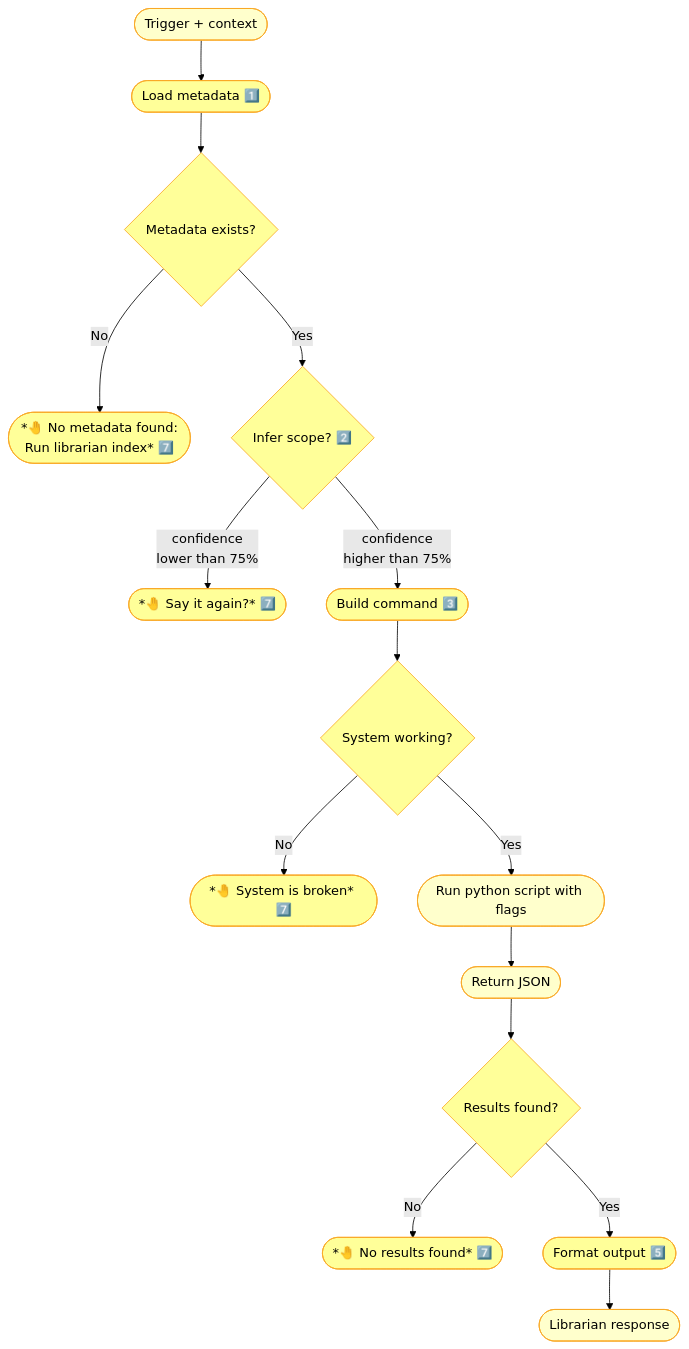
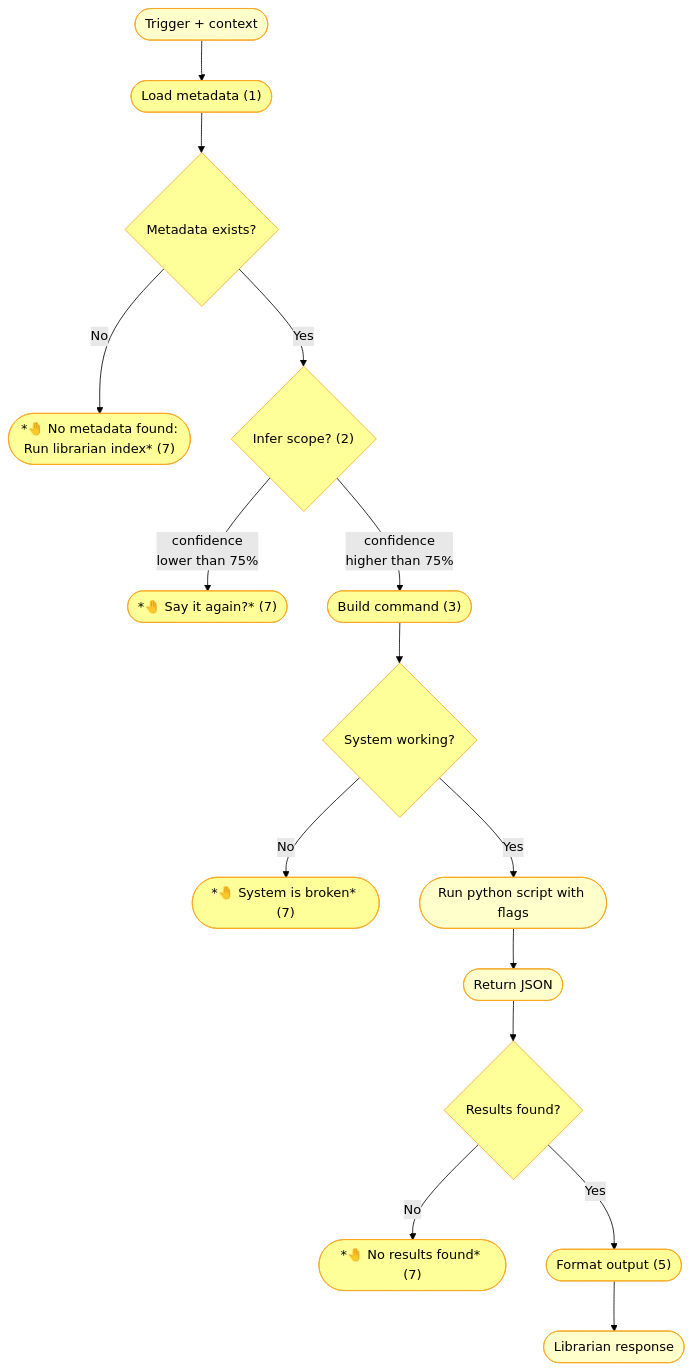
The diagram in backstage/epic-notes/v0.15.0-skill-protocol.md (nonlinear/librarian), drawn with Mermaid (forest theme) before and after one commit. The commit also changed other lines of this file, not shown here.

Commit message:
arch: Diagram numbers (not emoji), notes ordered list, remove duplicates

````diff
--- a/backstage/epic-notes/v0.15.0-skill-protocol.md
+++ b/backstage/epic-notes/v0.15.0-skill-protocol.md
@@ -3,41 +3,41 @@
 ```mermaid
 flowchart TB
     TRIGGER(["Trigger + context"])
-    TRIGGER --> METADATA(["Load metadata 1️⃣"])
+    TRIGGER --> METADATA(["Load metadata (1)"])
     METADATA --> CHECK{"Metadata exists?"}
     
-    CHECK -->|"No"| ERROR(["*🤚 No metadata found:<br>Run librarian index* 7️⃣"])
-    CHECK -->|"Yes"| INFER{"Infer scope? 2️⃣"}
+    CHECK -->|"No"| ERROR(["*🤚 No metadata found:<br>Run librarian index* (7)"])
+    CHECK -->|"Yes"| INFER{"Infer scope? (2)"}
     
-    INFER -->|"confidence<br>lower than 75%"| CLARIFY(["*🤚 Say it again?* 7️⃣"])
-    INFER -->|"confidence<br>higher than 75%"| BUILD(["Build command 3️⃣"])
+    INFER -->|"confidence<br>lower than 75%"| CLARIFY(["*🤚 Say it again?* (7)"])
+    INFER -->|"confidence<br>higher than 75%"| BUILD(["Build command (3)"])
     
     BUILD --> CHECK_SYSTEM{"System working?"}
     
-    CHECK_SYSTEM -->|"No"| BROKEN(["*🤚 System is broken* 7️⃣"])
+    CHECK_SYSTEM -->|"No"| BROKEN(["*🤚 System is broken* (7)"])
     CHECK_SYSTEM -->|"Yes"| EXEC(["Run python script with flags"])
     
     EXEC --> JSON(["Return JSON"])
     JSON --> CHECK_RESULTS{"Results found?"}
     
-    CHECK_RESULTS -->|"No"| EMPTY(["*🤚 No results found* 7️⃣"])
-    CHECK_RESULTS -->|"Yes"| FORMAT(["Format output 5️⃣"])
+    CHECK_RESULTS -->|"No"| EMPTY(["*🤚 No results found* (7)"])
+    CHECK_RESULTS -->|"Yes"| FORMAT(["Format output (5)"])
     
     FORMAT --> RESPONSE(["Librarian response"])
     
     style TRIGGER fill:#FFFFCC,stroke:#F9A825,color:#000
     style METADATA fill:#FFFF99,stroke:#F9A825,color:#000
     style INFER fill:#FFFF99,stroke:#F9A825,color:#000
     style CLARIFY fill:#FFFF99,stroke:#F9A825,color:#000
     style BUILD fill:#FFFF99,stroke:#F9A825,color:#000
     style EXEC fill:#FFFFCC,stroke:#F9A825,color:#000
     style JSON fill:#FFFFCC,stroke:#F9A825,color:#000
     style FORMAT fill:#FFFF99,stroke:#F9A825,color:#000
     style RESPONSE fill:#FFFFCC,stroke:#F9A825,color:#000
     style CHECK fill:#FFFF99,stroke:#F9A825,color:#000
     style ERROR fill:#FFFF99,stroke:#F9A825,color:#000
     style CHECK_SYSTEM fill:#FFFF99,stroke:#F9A825,color:#000
     style BROKEN fill:#FFFF99,stroke:#F9A825,color:#000
     style CHECK_RESULTS fill:#FFFF99,stroke:#F9A825,color:#000
     style EMPTY fill:#FFFF99,stroke:#F9A825,color:#000
 ```
````
